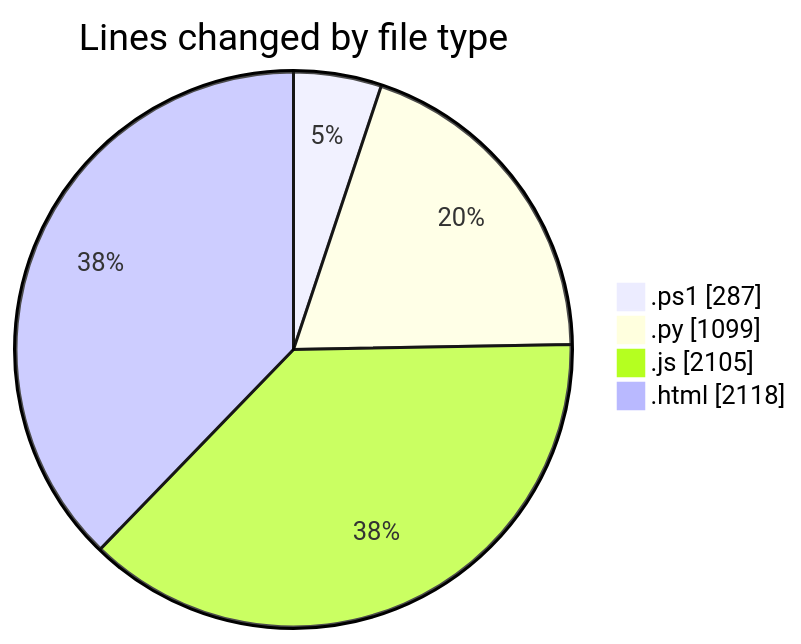
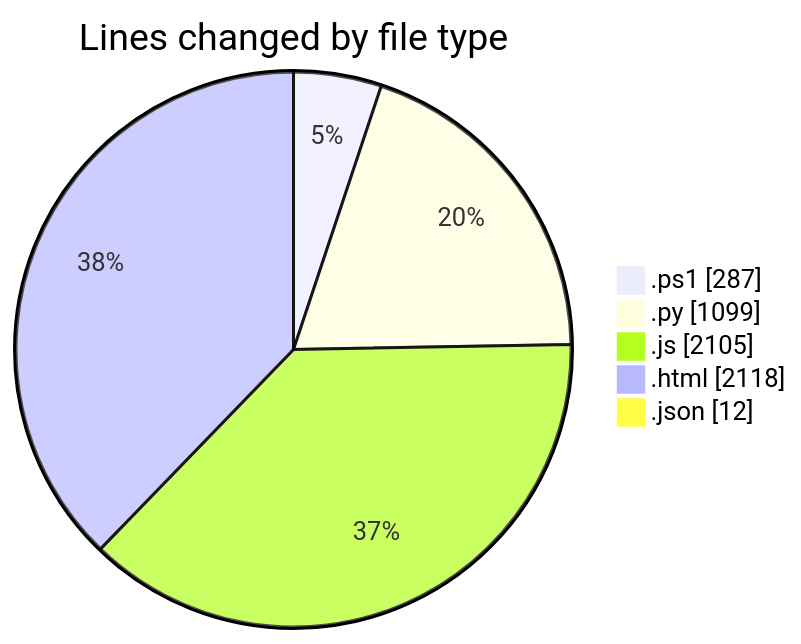
Before and after one commit to shibass792/code-tracking: the first of 2 diagrams in 2026-07-14/shibass-ai/README.md, drawn with Mermaid. The commit also changed other lines of this file and 1 other file, not shown here.

````diff
--- a/2026-07-14/shibass-ai/README.md
+++ b/2026-07-14/shibass-ai/README.md
@@ -26,8 +27,9 @@
 ```mermaid
 pie showData
 title Lines changed by file type
 ".ps1" : 287
 ".py" : 1099
 ".js" : 2105
 ".html" : 2118
+".json" : 12
 ```
````
